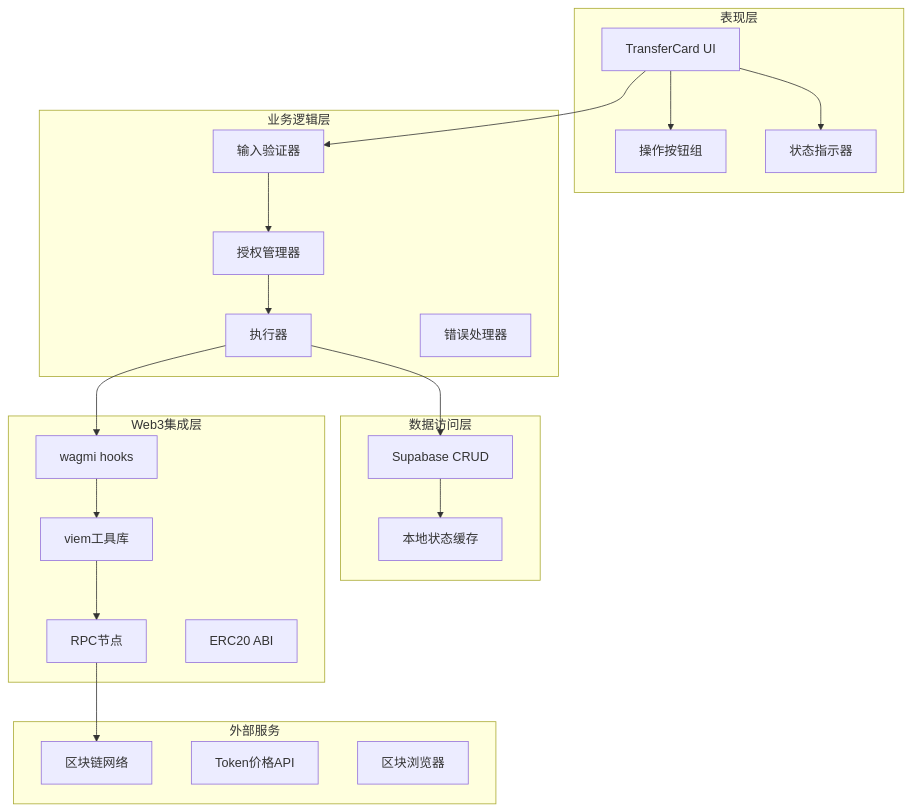
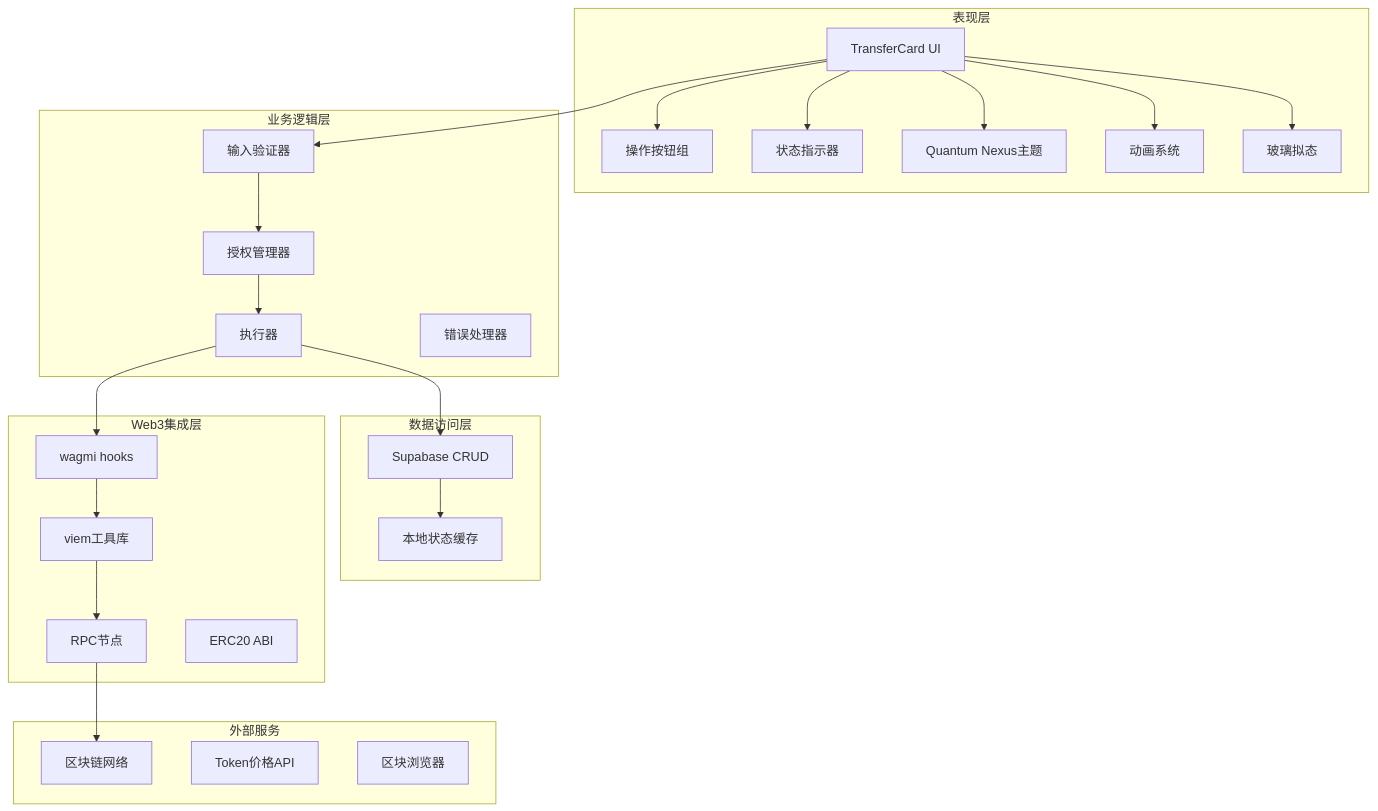
Before and after one commit to CryptoLinxu/Web3-AI-Agent: the third of 18 diagrams in .qoder/repowiki/zh/content/项目概述/整体架构概览/Web应用程序/TransferCard转账卡片组件.md, drawn with Mermaid. The commit also changed other lines of this file and 9 other files, not shown here.

````diff
--- a/.qoder/repowiki/zh/content/项目概述/整体架构概览/Web应用程序/TransferCard转账卡片组件.md
+++ b/.qoder/repowiki/zh/content/项目概述/整体架构概览/Web应用程序/TransferCard转账卡片组件.md
@@ -139,40 +155,46 @@
 ```mermaid
 graph TB
 subgraph "表现层"
 UI[TransferCard UI]
 Buttons[操作按钮组]
 Status[状态指示器]
+Theme[Quantum Nexus主题]
+Animation[动画系统]
+Glass[玻璃拟态]
 end
 subgraph "业务逻辑层"
 Validator[输入验证器]
 Executor[执行器]
 ErrorHandler[错误处理器]
 ApprovalManager[授权管理器]
 end
 subgraph "数据访问层"
 Supabase[Supabase CRUD]
 LocalStorage[本地状态缓存]
 end
 subgraph "Web3集成层"
 Wagmi[wagmi hooks]
 Viem[viem工具库]
 RPC[RPC节点]
 ERC20ABI[ERC20 ABI]
 end
 subgraph "外部服务"
 Blockchain[区块链网络]
 Coingecko[Token价格API]
 Explorer[区块浏览器]
 end
 UI --> Validator
 Validator --> ApprovalManager
 ApprovalManager --> Executor
 Executor --> Wagmi
 Wagmi --> Viem
 Viem --> RPC
 RPC --> Blockchain
 Executor --> Supabase
 Supabase --> LocalStorage
 UI --> Status
 UI --> Buttons
+UI --> Theme
+UI --> Animation
+UI --> Glass
 ```
````
